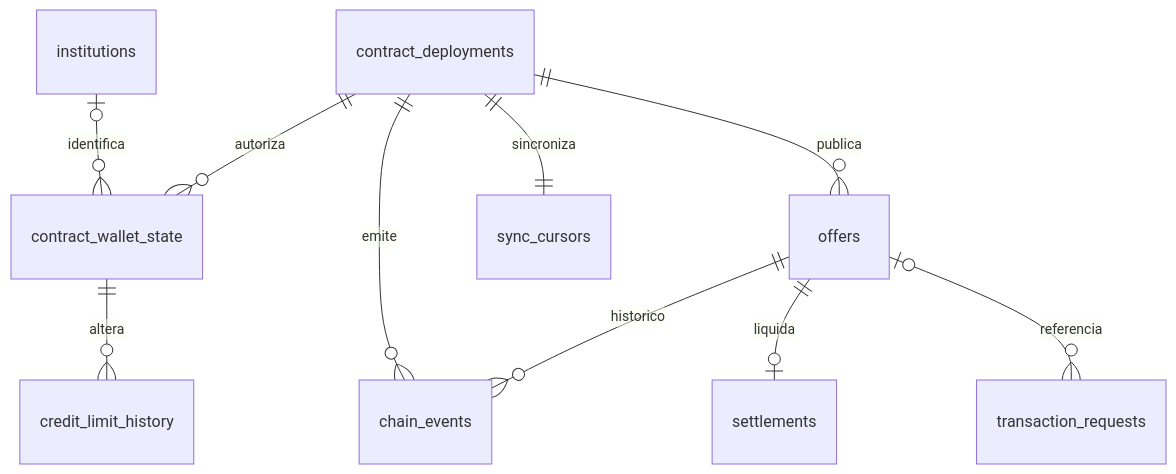
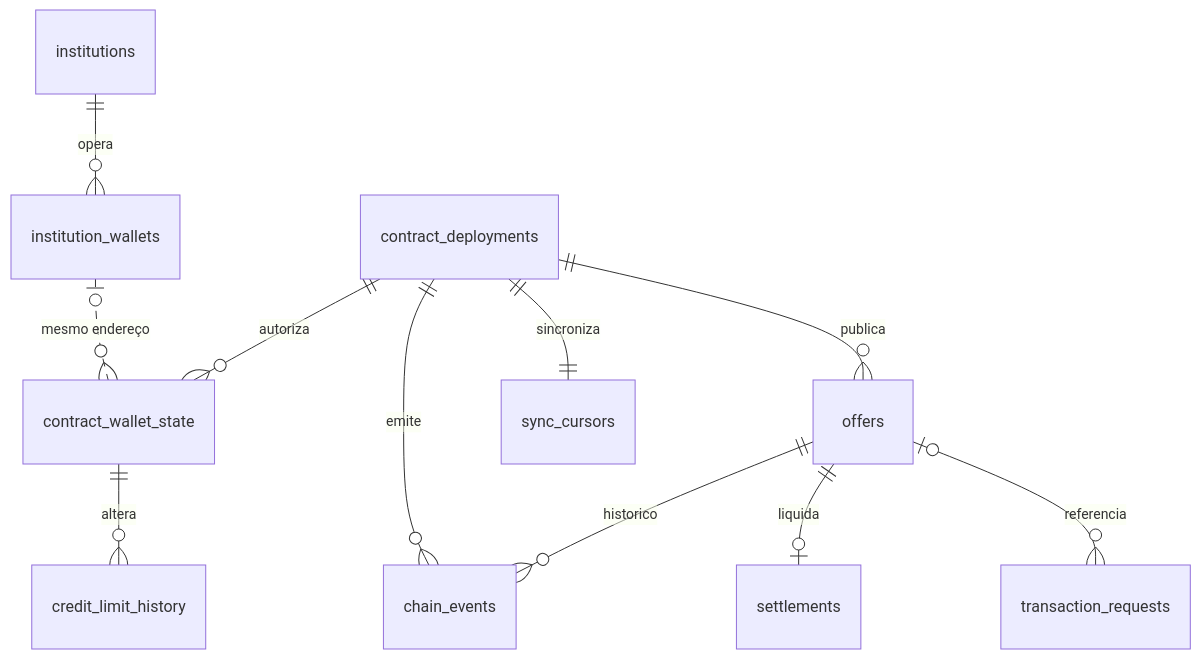
One commit to InteliBlockchain-IBC/projeto-banco-inter changed the diagram in backend/docs/modelagem-banco.md. Above: the diagram before and after it, drawn with Mermaid. The commit also changed other lines of this file and 5 other files, not shown here.

````diff
--- a/backend/docs/modelagem-banco.md
+++ b/backend/docs/modelagem-banco.md
@@ -5,12 +5,13 @@
 ```mermaid
 erDiagram
-    institutions o|--o{ contract_wallet_state : identifica
+    institutions ||--o{ institution_wallets : opera
+    institution_wallets |o..o{ contract_wallet_state : "mesmo endereço"
     contract_deployments ||--o{ contract_wallet_state : autoriza
     contract_deployments ||--o{ offers : publica
     contract_deployments ||--o{ chain_events : emite
     contract_deployments ||--|| sync_cursors : sincroniza
     contract_wallet_state ||--o{ credit_limit_history : altera
     offers ||--o{ chain_events : historico
     offers ||--o| settlements : liquida
     offers o|--o{ transaction_requests : referencia
 ```
````
